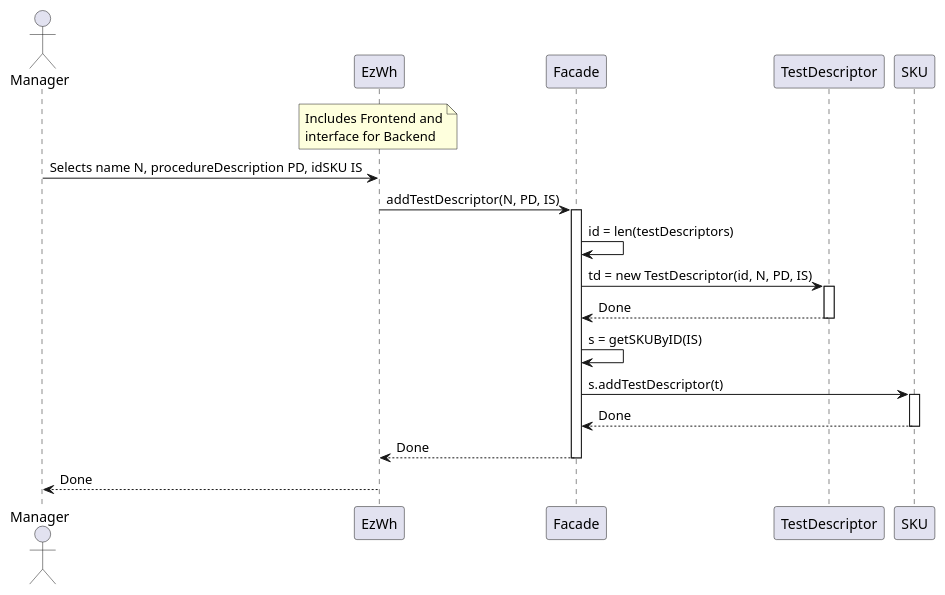
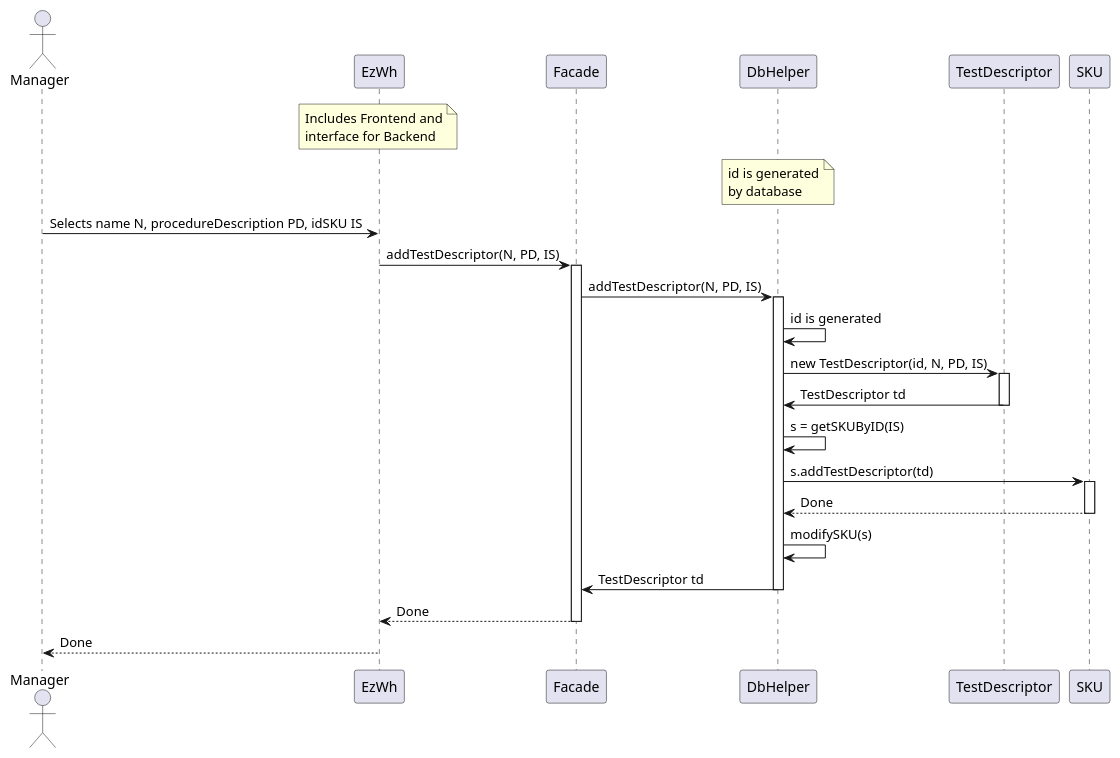
Diagram 14 of 14 in DesignDocument.md (giuseppe-dandrea/EzWh), drawn with PlantUML before and after one commit. The commit also changed other lines of this file, not shown here.

Commit message:
Changed Sequence Diagrams 4-1, 12-1

````diff
--- a/DesignDocument.md
+++ b/DesignDocument.md
@@ -844,25 +828,32 @@
 ```plantuml
 actor Manager
 participant EzWh
 note over EzWh: Includes Frontend and\ninterface for Backend
 participant Facade
+participant DbHelper
+note over DbHelper: id is generated\nby database
 participant TestDescriptor
 participant SKU
 
 Manager -> EzWh: Selects name N, procedureDescription PD, idSKU IS
 EzWh -> Facade: addTestDescriptor(N, PD, IS)
 activate Facade
-Facade -> Facade: id = len(testDescriptors)
-Facade -> TestDescriptor: td = new TestDescriptor(id, N, PD, IS)
+Facade -> DbHelper: addTestDescriptor(N, PD, IS)
+activate DbHelper
+DbHelper -> DbHelper : id is generated
+DbHelper -> TestDescriptor: new TestDescriptor(id, N, PD, IS)
 activate TestDescriptor
-TestDescriptor --> Facade: Done
+TestDescriptor -> DbHelper: TestDescriptor td
 deactivate TestDescriptor
-Facade -> Facade: s = getSKUByID(IS)
-Facade -> SKU: s.addTestDescriptor(t)
+DbHelper -> DbHelper: s = getSKUByID(IS)
+DbHelper -> SKU: s.addTestDescriptor(td)
 activate SKU
-SKU --> Facade: Done
+SKU --> DbHelper: Done
 deactivate SKU
+DbHelper -> DbHelper: modifySKU(s)
+DbHelper -> Facade: TestDescriptor td
+deactivate DbHelper
 Facade --> EzWh: Done
 deactivate Facade
 EzWh --> Manager: Done
 ```
````
